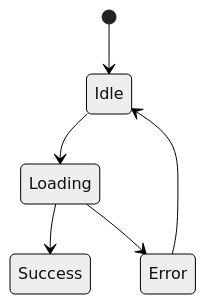
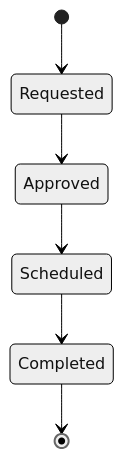
One commit to BlairLAdams/RPi5 changed the fourth of 10 diagrams in mkdocs/docs/MermaidDiagrams.md. Above: the diagram before and after it, drawn with Mermaid (neutral theme). The commit also changed other lines of this file and 33 other files, not shown here.

````diff
--- a/mkdocs/docs/MermaidDiagrams.md
+++ b/mkdocs/docs/MermaidDiagrams.md
@@ -103,8 +123,8 @@
 ```mermaid
 stateDiagram-v2
-  [*] --> Idle
-  Idle --> Loading
-  Loading --> Success
-  Loading --> Error
-  Error --> Idle
+  [*] --> Requested
+  Requested --> Approved
+  Approved --> Scheduled
+  Scheduled --> Completed
+  Completed --> [*]
 ```
````
